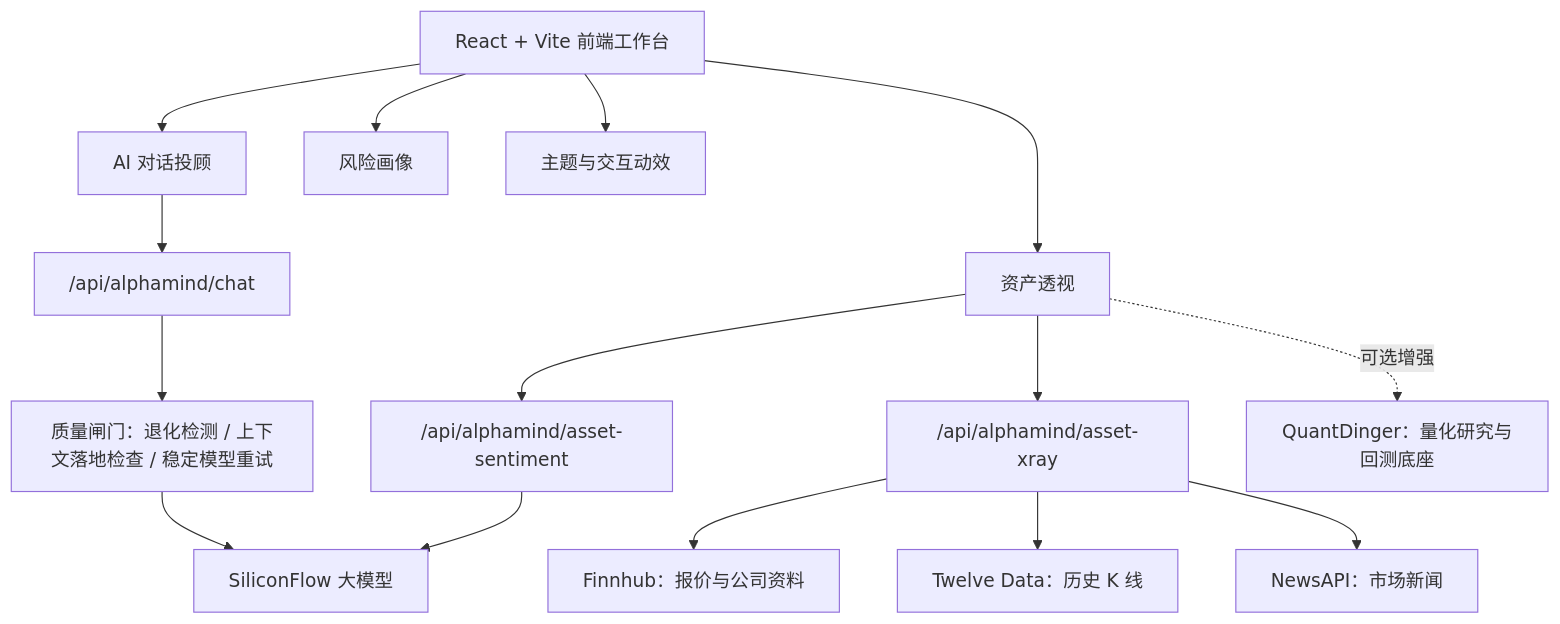
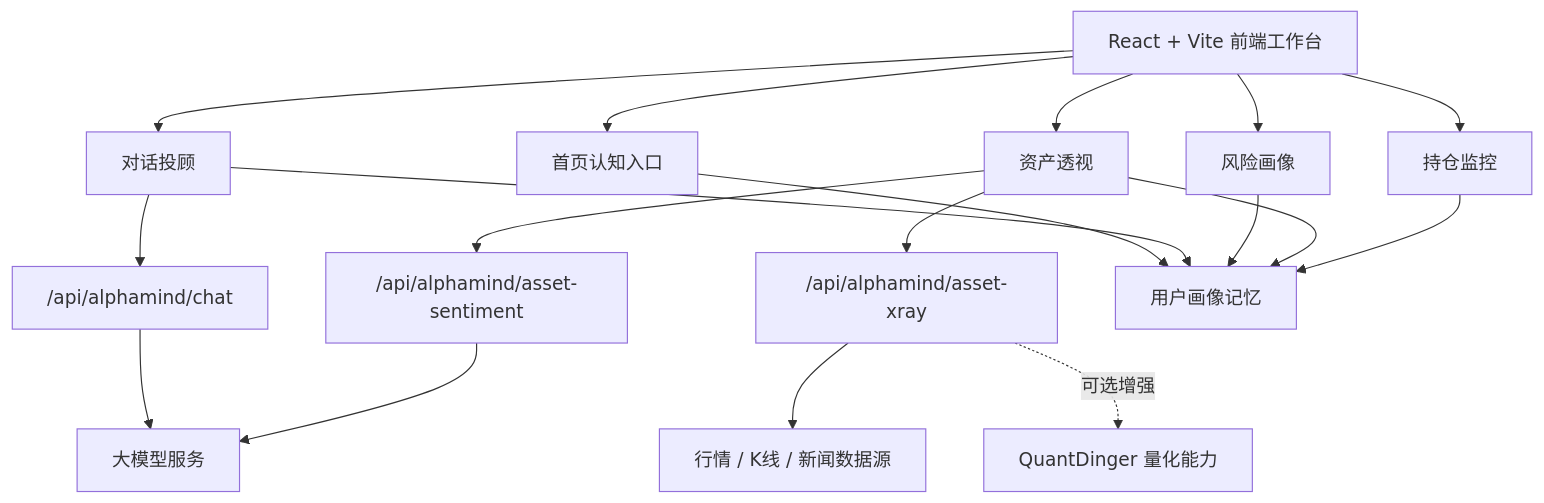
The second of 2 diagrams in README.md (LCY2117/AlphaMind-Landing-Page-Design), drawn with Mermaid before and after one commit. The commit also changed other lines of this file and 2 other files, not shown here.

````diff
--- a/README.md
+++ b/README.md
@@ -99,20 +214,23 @@
 ```mermaid
 flowchart TB
-  UI["React + Vite 前端工作台"] --> Advisor["AI 对话投顾"]
+  UI["React + Vite 前端工作台"] --> Home["首页认知入口"]
+  UI --> Chat["对话投顾"]
+  UI --> Risk["风险画像"]
   UI --> XRay["资产透视"]
-  UI --> Risk["风险画像"]
-  UI --> Theme["主题与交互动效"]
+  UI --> Portfolio["持仓监控"]
 
-  Advisor --> ChatProxy["/api/alphamind/chat"]
-  XRay --> MarketProxy["/api/alphamind/asset-xray"]
+  Chat --> ChatProxy["/api/alphamind/chat"]
+  XRay --> AssetProxy["/api/alphamind/asset-xray"]
   XRay --> SentimentProxy["/api/alphamind/asset-sentiment"]
 
-  ChatProxy --> Quality["质量闸门：退化检测 / 上下文落地检查 / 稳定模型重试"]
-  Quality --> LLM["SiliconFlow 大模型"]
+  ChatProxy --> LLM["大模型服务"]
   SentimentProxy --> LLM
+  AssetProxy --> Market["行情 / K线 / 新闻数据源"]
+  AssetProxy -. 可选增强 .-> QuantDinger["QuantDinger 量化能力"]
 
-  MarketProxy --> Finnhub["Finnhub：报价与公司资料"]
-  MarketProxy --> Twelve["Twelve Data：历史 K 线"]
-  MarketProxy --> News["NewsAPI：市场新闻"]
-  XRay -. 可选增强 .-> QuantDinger["QuantDinger：量化研究与回测底座"]
+  Home --> Profile["用户画像记忆"]
+  Chat --> Profile
+  Risk --> Profile
+  XRay --> Profile
+  Portfolio --> Profile
 ```
````
